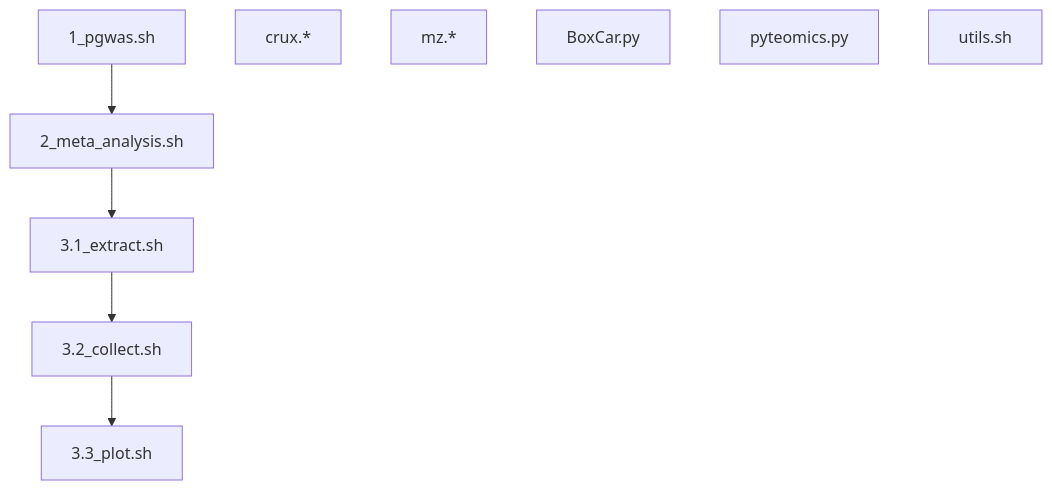
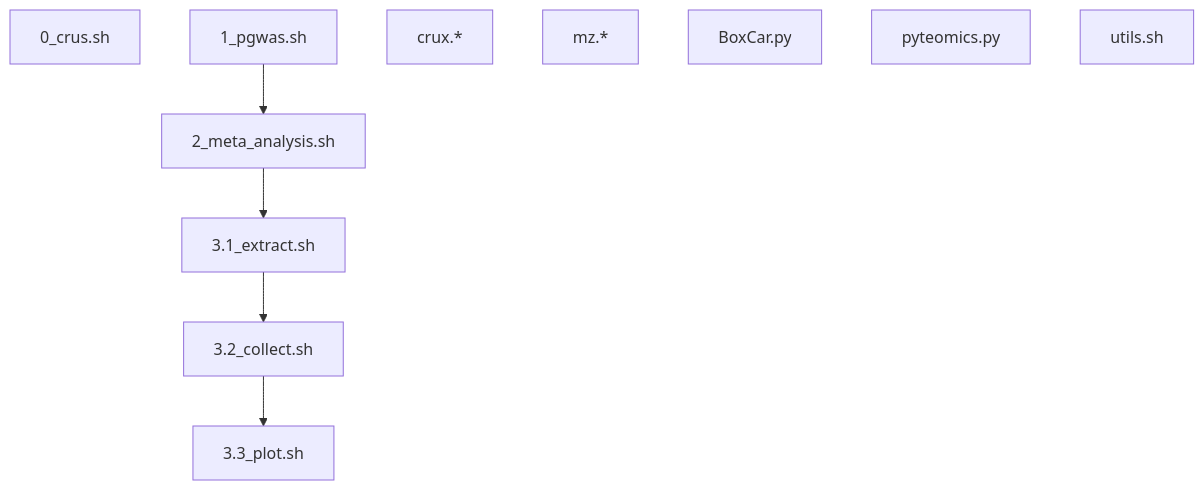
Before and after one commit to jinghuazhao/Caprion: the diagram in peptide_progs/README.md, drawn with Mermaid. The commit also changed 3 other files, not shown here.

````diff
--- a/peptide_progs/README.md
+++ b/peptide_progs/README.md
@@ -28,14 +28,15 @@
 ```mermaid
 graph TD;
+0_crus.sh
 1_pgwas.sh
 2_meta_analysis.sh
 3.1_extract.sh
 3.2_collect.sh
 3.3_plot.sh
 1_pgwas.sh --> 2_meta_analysis.sh --> 3.1_extract.sh --> 3.2_collect.sh --> 3.3_plot.sh
 crux.*
 mz.*
 BoxCar.py
 pyteomics.py
 utils.sh
 ```
````
